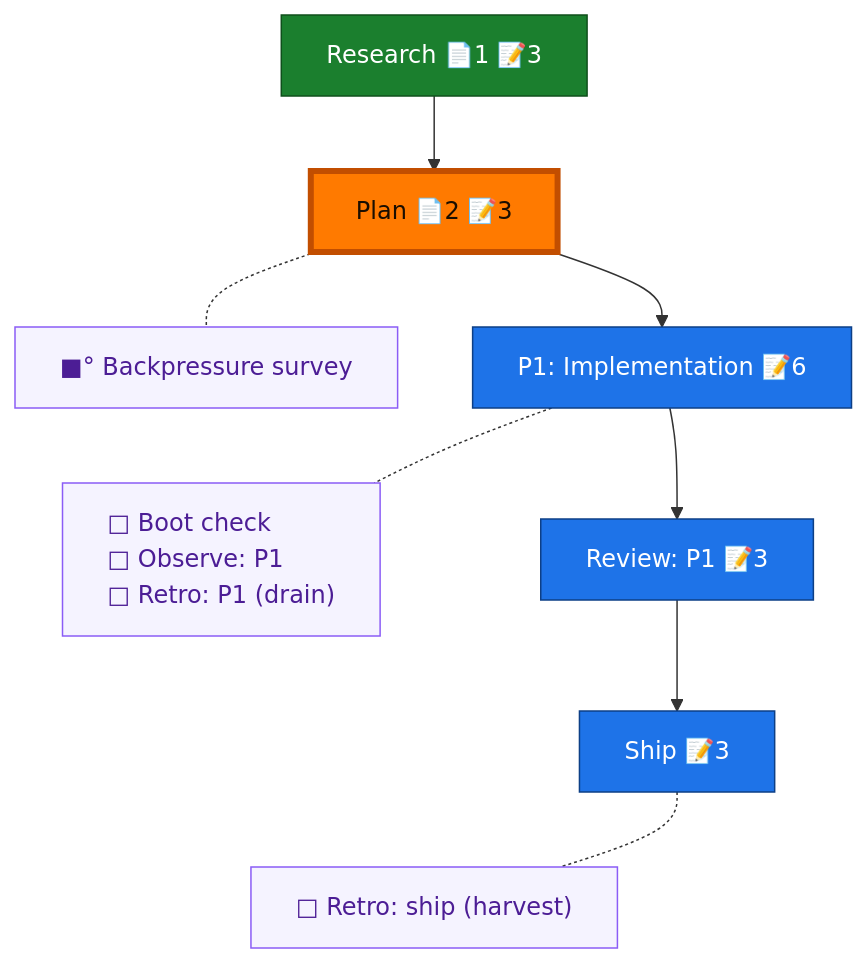
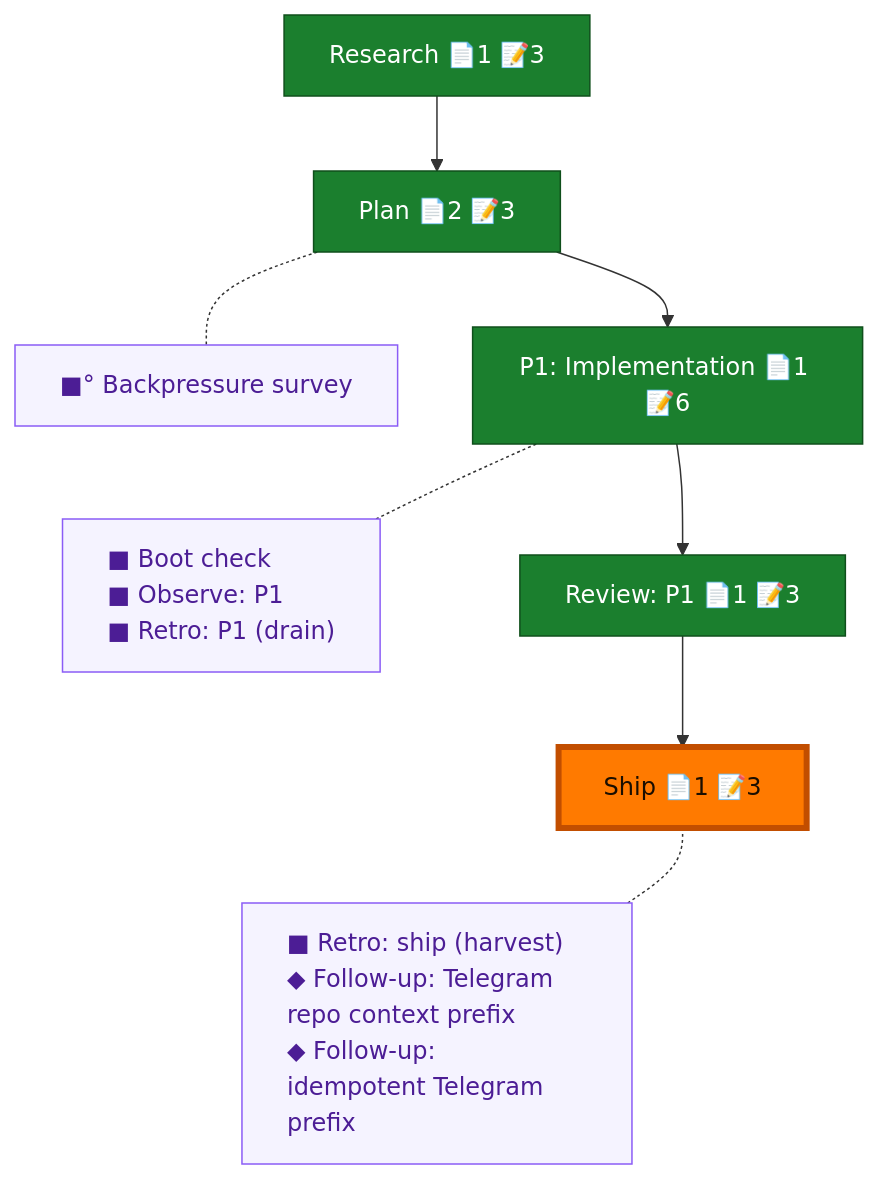
The diagram in docs/plans/043-telegram-last-speaker-routing/the-flow.md (vaughanknight/pij), drawn with Mermaid before and after one commit. The commit also changed other lines of this file and 3 other files, not shown here.

First line of the commit message:
chore(plan-043): align merged Telegram artifacts

````diff
--- a/docs/plans/043-telegram-last-speaker-routing/the-flow.md
+++ b/docs/plans/043-telegram-last-speaker-routing/the-flow.md
@@ -8,28 +8,27 @@
 ```mermaid
 flowchart TD
     research["Research 📄1 📝3"]:::done
     plan["Plan 📄2 📝3"]:::done
-    phase_1["P1: Implementation 📝6"]:::known
-    review_1["Review: P1 📝3"]:::known
-    ship["Ship 📝3"]:::known
+    phase_1["P1: Implementation 📄1 📝6"]:::done
+    review_1["Review: P1 📄1 📝3"]:::done
+    ship["Ship 📄1 📝3"]:::done
 
     research --> plan --> phase_1 --> review_1 --> ship
 
     planC["■° Backpressure survey"]:::chore
-    phase_1C["□ Boot check<br/>□ Observe: P1<br/>□ Retro: P1 (drain)"]:::chore
-    shipC["□ Retro: ship (harvest)"]:::chore
+    phase_1C["■ Boot check<br/>■ Observe: P1<br/>■ Retro: P1 (drain)"]:::chore
+    shipC["■ Retro: ship (harvest)<br/>◆ Follow-up: Telegram repo context prefix<br/>◆ Follow-up: idempotent Telegram prefix"]:::chore
 
     %% invisible chain holds the gutter boxes in their own column
     planC ~~~ phase_1C ~~~ shipC
 
     %% dotted links pull each gutter box beside its node
     plan -.- planC
     phase_1 -.- phase_1C
     ship -.- shipC
 
     classDef done fill:#1B7F2E,stroke:#0F4F1B,color:#fff;
-    classDef known fill:#1E73E8,stroke:#0D3F86,color:#fff;
     classDef chore fill:#f5f3ff,stroke:#8b5cf6,color:#4c1d95,text-align:left;
     classDef current fill:#FF7A00,stroke:#C24E00,color:#1a0e00,stroke-width:4px;
-    class plan current;
+    class ship current;
 ```
````
